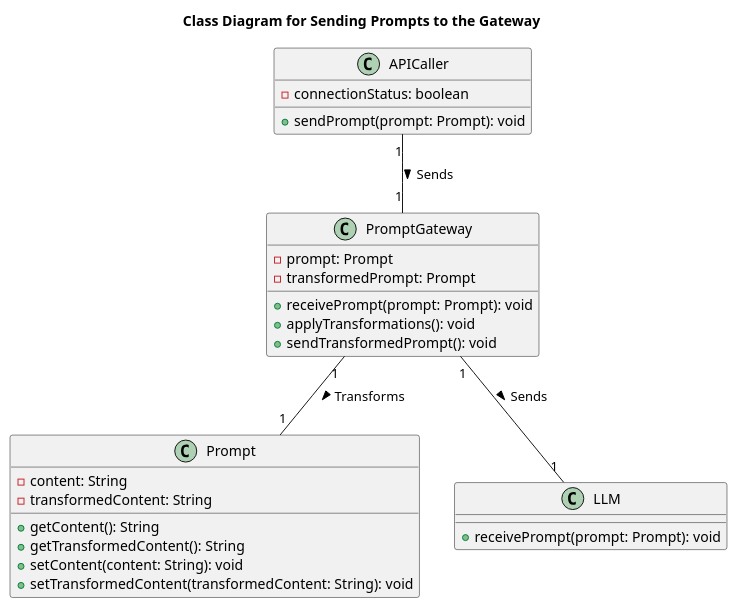
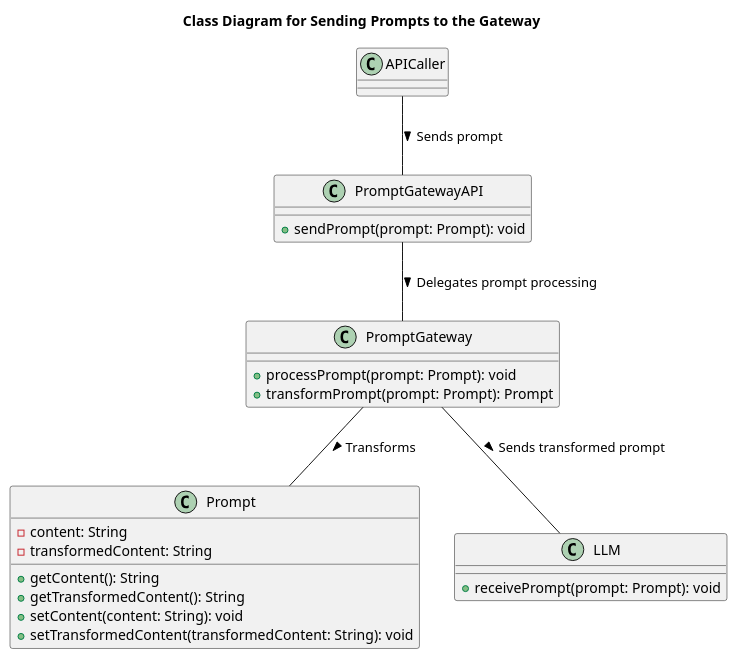
One commit to o2alexanderfedin/AI-demos changed the sixth of 21 diagrams in Design_Document_Prompt_Gateway_RESTful_API_LLM.md. Above: the diagram before and after it, drawn with PlantUML. The commit also changed other lines of this file, not shown here.

````diff
--- a/Design_Document_Prompt_Gateway_RESTful_API_LLM.md
+++ b/Design_Document_Prompt_Gateway_RESTful_API_LLM.md
@@ -182,35 +205,36 @@
 ```plantuml
 @startuml
 title Class Diagram for Sending Prompts to the Gateway
 
 class APICaller {
-  -connectionStatus: boolean
+}
+
+class PromptGatewayAPI {
   +sendPrompt(prompt: Prompt): void
 }
 
 class PromptGateway {
-  -prompt: Prompt
-  -transformedPrompt: Prompt
-  +receivePrompt(prompt: Prompt): void
-  +applyTransformations(): void
-  +sendTransformedPrompt(): void
+  +processPrompt(prompt: Prompt): void
+  +transformPrompt(prompt: Prompt): Prompt
 }
 
 class Prompt {
   -content: String
   -transformedContent: String
   +getContent(): String
   +getTransformedContent(): String
   +setContent(content: String): void
   +setTransformedContent(transformedContent: String): void
 }
 
 class LLM {
   +receivePrompt(prompt: Prompt): void
 }
 
-APICaller "1" -- "1" PromptGateway : Sends >
-PromptGateway "1" -- "1" Prompt : Transforms >
-PromptGateway "1" -- "1" LLM : Sends >
+APICaller -- PromptGatewayAPI : Sends prompt >
+PromptGatewayAPI -- PromptGateway : Delegates prompt processing >
+PromptGateway -- Prompt : Transforms >
+PromptGateway -- LLM : Sends transformed prompt >
+
 @enduml
 ```
````
